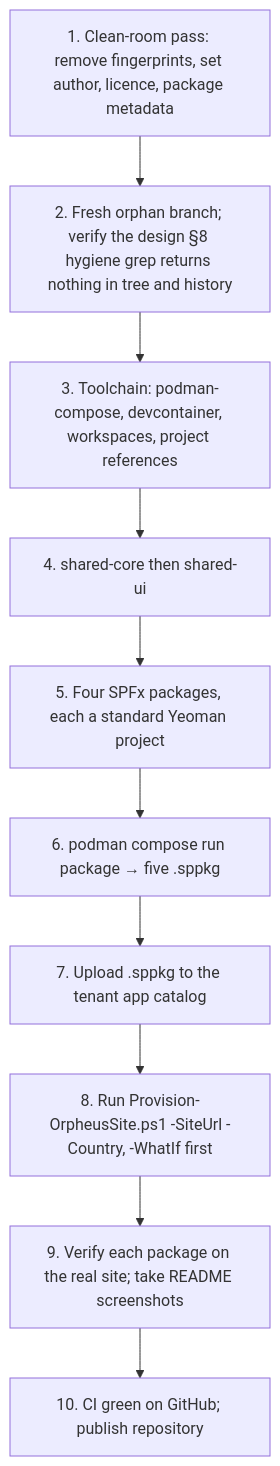
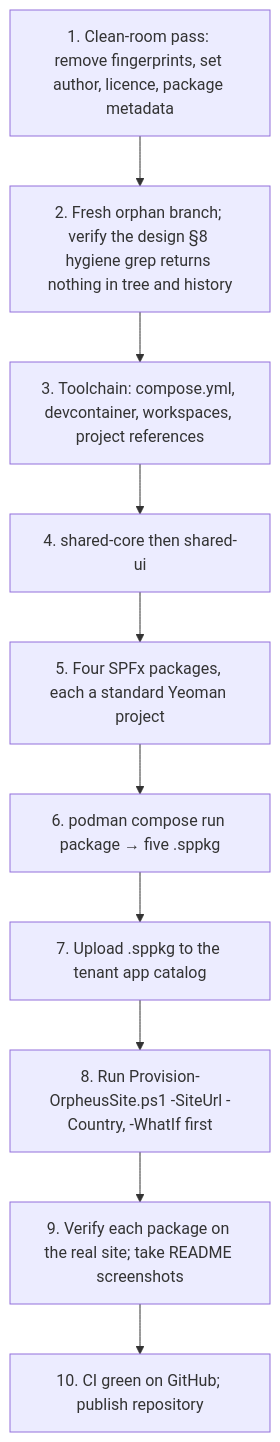
The first of 2 diagrams in architecture/07-phase-f-migration-planning.md (Sartor87/orpheus-systems-sharepoint), drawn with Mermaid before and after one commit. The commit also changed other lines of this file and 7 other files, not shown here.

First line of the commit message:
docs(architecture): phase documents cover the HTML template and the agent

````diff
--- a/architecture/07-phase-f-migration-planning.md
+++ b/architecture/07-phase-f-migration-planning.md
@@ -22,12 +22,12 @@
 ```mermaid
 flowchart TD
   S1[1. Clean-room pass: remove fingerprints, set author, licence, package metadata] --> S2[2. Fresh orphan branch; verify the design §8 hygiene grep returns nothing in tree and history]
-  S2 --> S3[3. Toolchain: podman-compose, devcontainer, workspaces, project references]
+  S2 --> S3[3. Toolchain: compose.yml, devcontainer, workspaces, project references]
   S3 --> S4[4. shared-core then shared-ui]
   S4 --> S5[5. Four SPFx packages, each a standard Yeoman project]
   S5 --> S6[6. podman compose run package → five .sppkg]
   S6 --> S7[7. Upload .sppkg to the tenant app catalog]
   S7 --> S8[8. Run Provision-OrpheusSite.ps1 -SiteUrl -Country, -WhatIf first]
   S8 --> S9[9. Verify each package on the real site; take README screenshots]
   S9 --> S10[10. CI green on GitHub; publish repository]
 ```
````
